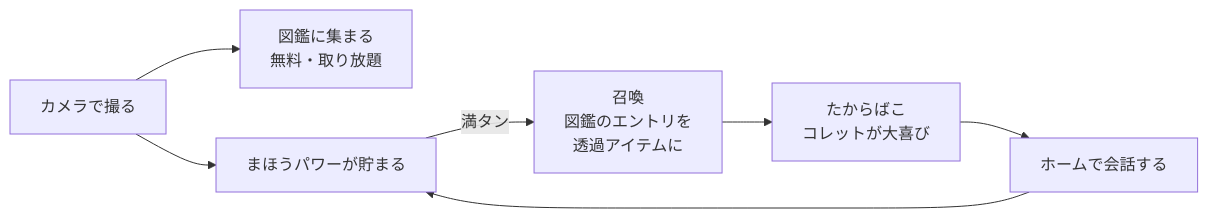
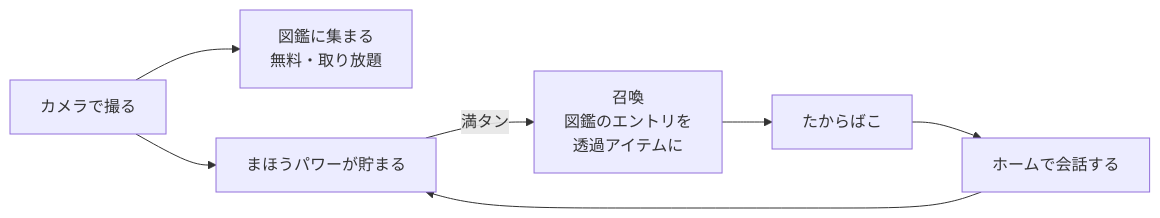
The first of 2 diagrams in README.md (ogueki/any-collect), drawn with Mermaid before and after one commit. The commit also changed other lines of this file, not shown here.

````diff
--- a/README.md
+++ b/README.md
@@ -28,9 +20,9 @@
 ```mermaid
 graph LR
   A[カメラで撮る] --> B[図鑑に集まる<br/>無料・取り放題]
   A --> C[まほうパワーが貯まる]
   D[ホームで会話する] --> C
   C -->|満タン| E[召喚<br/>図鑑のエントリを<br/>透過アイテムに]
-  E --> F[たからばこ<br/>コレットが大喜び]
+  E --> F[たからばこ]
   F --> D
 ```
````
